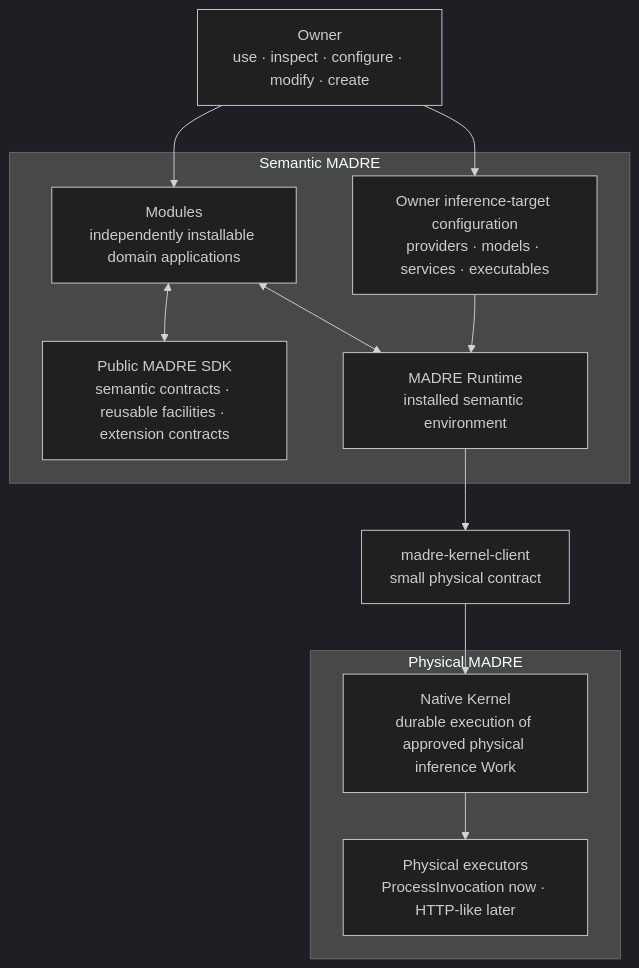
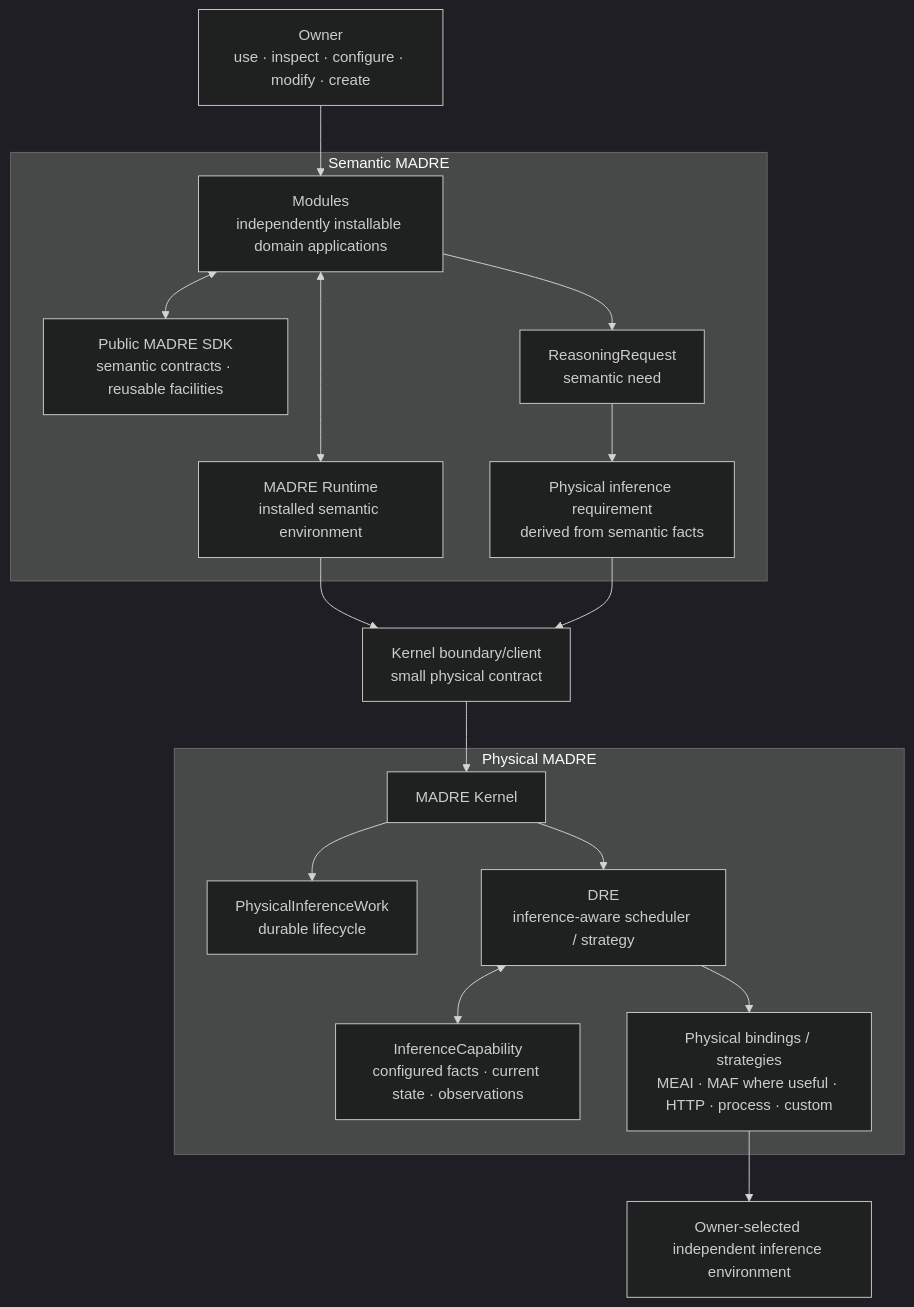
One commit to DidacLL/MADRE changed the first of 11 diagrams in docs/architecture/mid-level-architecture.md. Above: the diagram before and after it, drawn with Mermaid (dark theme). The commit also changed other lines of this file, not shown here.

Commit message:
docs: rederive mid-level inference architecture

````diff
--- a/docs/architecture/mid-level-architecture.md
+++ b/docs/architecture/mid-level-architecture.md
@@ -17,27 +17,38 @@
 ```mermaid
 flowchart TB
     O["Owner<br/>use · inspect · configure · modify · create"]
 
     subgraph S["Semantic MADRE"]
       M["Modules<br/>independently installable domain applications"]
-      SDK["Public MADRE SDK<br/>semantic contracts · reusable facilities · extension contracts"]
+      SDK["Public MADRE SDK<br/>semantic contracts · reusable facilities"]
       RT["MADRE Runtime<br/>installed semantic environment"]
-      T["Owner inference-target configuration<br/>providers · models · services · executables"]
+      RR["ReasoningRequest<br/>semantic need"]
+      PR["Physical inference requirement<br/>derived from semantic facts"]
     end
 
-    KC["madre-kernel-client<br/>small physical contract"]
+    KC["Kernel boundary/client<br/>small physical contract"]
 
     subgraph P["Physical MADRE"]
-      K["Native Kernel<br/>durable execution of approved physical inference Work"]
-      X["Physical executors<br/>ProcessInvocation now · HTTP-like later"]
+      W["PhysicalInferenceWork<br/>durable lifecycle"]
+      DRE["DRE<br/>inference-aware scheduler / strategy"]
+      CAP["InferenceCapability<br/>configured facts · current state · observations"]
+      B["Physical bindings / strategies<br/>MEAI · MAF where useful · HTTP · process · custom"]
+      K["MADRE Kernel"]
     end
 
+    E["Owner-selected independent inference environment"]
+
     O --> M
-    O --> T
     M <--> SDK
     M <--> RT
-    T --> RT
+    M --> RR
+    RR --> PR
     RT --> KC
+    PR --> KC
     KC --> K
-    K --> X
+    K --> W
+    K --> DRE
+    DRE <--> CAP
+    DRE --> B
+    B --> E
 ```
````
